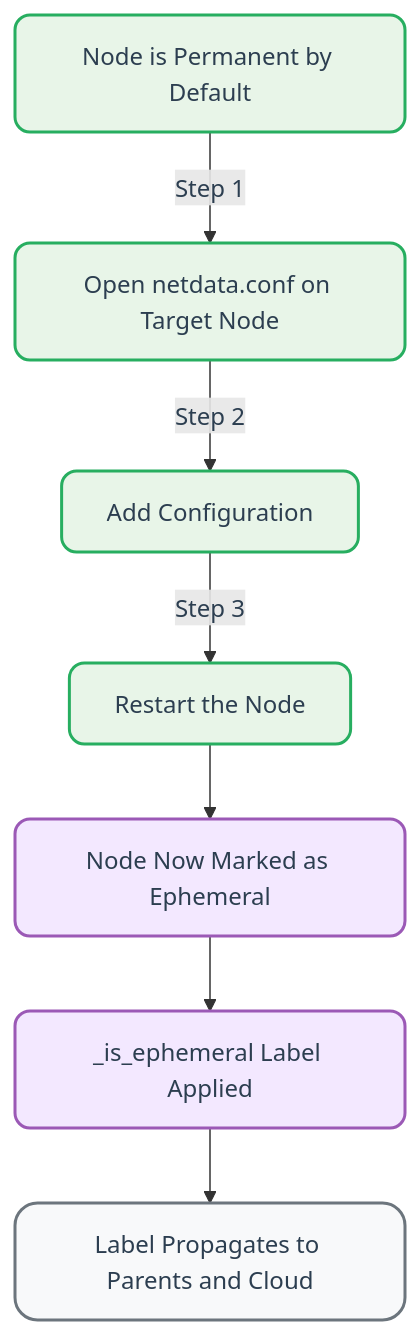
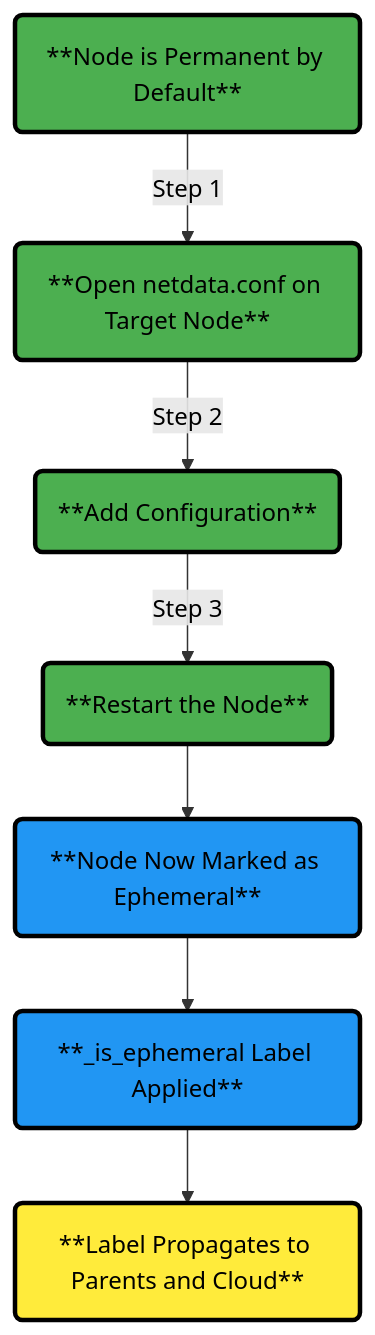
The first of 4 diagrams in docs/nodes-ephemerality.md (netdata/netdata), drawn with Mermaid before and after one commit. The commit also changed other lines of this file, not shown here.

````diff
--- a/docs/nodes-ephemerality.md
+++ b/docs/nodes-ephemerality.md
@@ -43,19 +40,15 @@
 ```mermaid
 flowchart TD
-    A[Node is Permanent by Default] -->|Step 1| B[Open netdata.conf on Target Node]
-    B -->|Step 2| C[Add Configuration]
-    C -->|Step 3| D[Restart the Node]
-    D --> E[Node Now Marked as Ephemeral]
-    E --> F[_is_ephemeral Label Applied]
-    F --> G[Label Propagates to Parents and Cloud]
-    classDef step fill: #e8f5e8, stroke: #27ae60, stroke-width: 2px, color: #2c3e50, rx: 10, ry: 10
-    classDef label fill: #f3e8ff, stroke: #9b59b6, stroke-width: 2px, color: #2c3e50, rx: 10, ry: 10
-    classDef subgraphStyle fill: #f8f9fa, stroke: #6c757d, stroke-width: 2px, color: #2c3e50, rx: 15, ry: 15
-    class A step
-    class B step
-    class C step
-    class D step
-    class E label
-    class F label
-    class G subgraphStyle
+    A("**Node is Permanent by Default**") -->|Step 1| B("**Open netdata.conf on Target Node**")
+    B -->|Step 2| C("**Add Configuration**")
+    C -->|Step 3| D("**Restart the Node**")
+    D --> E("**Node Now Marked as Ephemeral**")
+    E --> F("**_is_ephemeral Label Applied**")
+    F --> G("**Label Propagates to Parents and Cloud**")
+    classDef step fill:#4caf50,stroke:#000000,stroke-width:3px,color:#000000,font-size:16px
+    classDef label fill:#2196F3,stroke:#000000,stroke-width:3px,color:#000000,font-size:16px
+    classDef propagate fill:#ffeb3b,stroke:#000000,stroke-width:3px,color:#000000,font-size:16px
+    class A,B,C,D step
+    class E,F label
+    class G propagate
 ```
````
